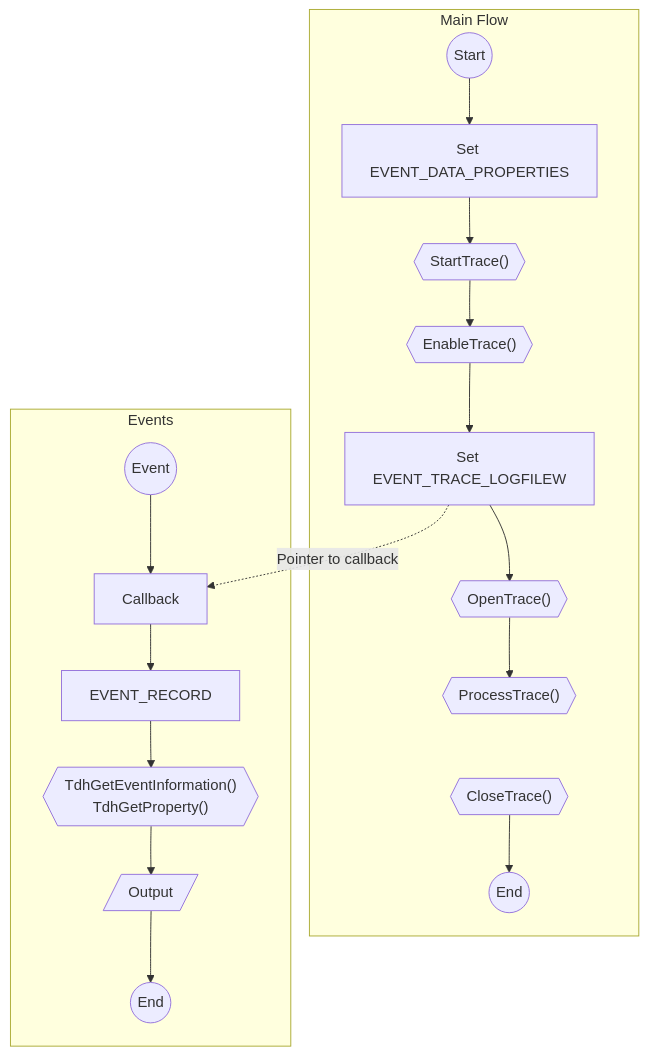
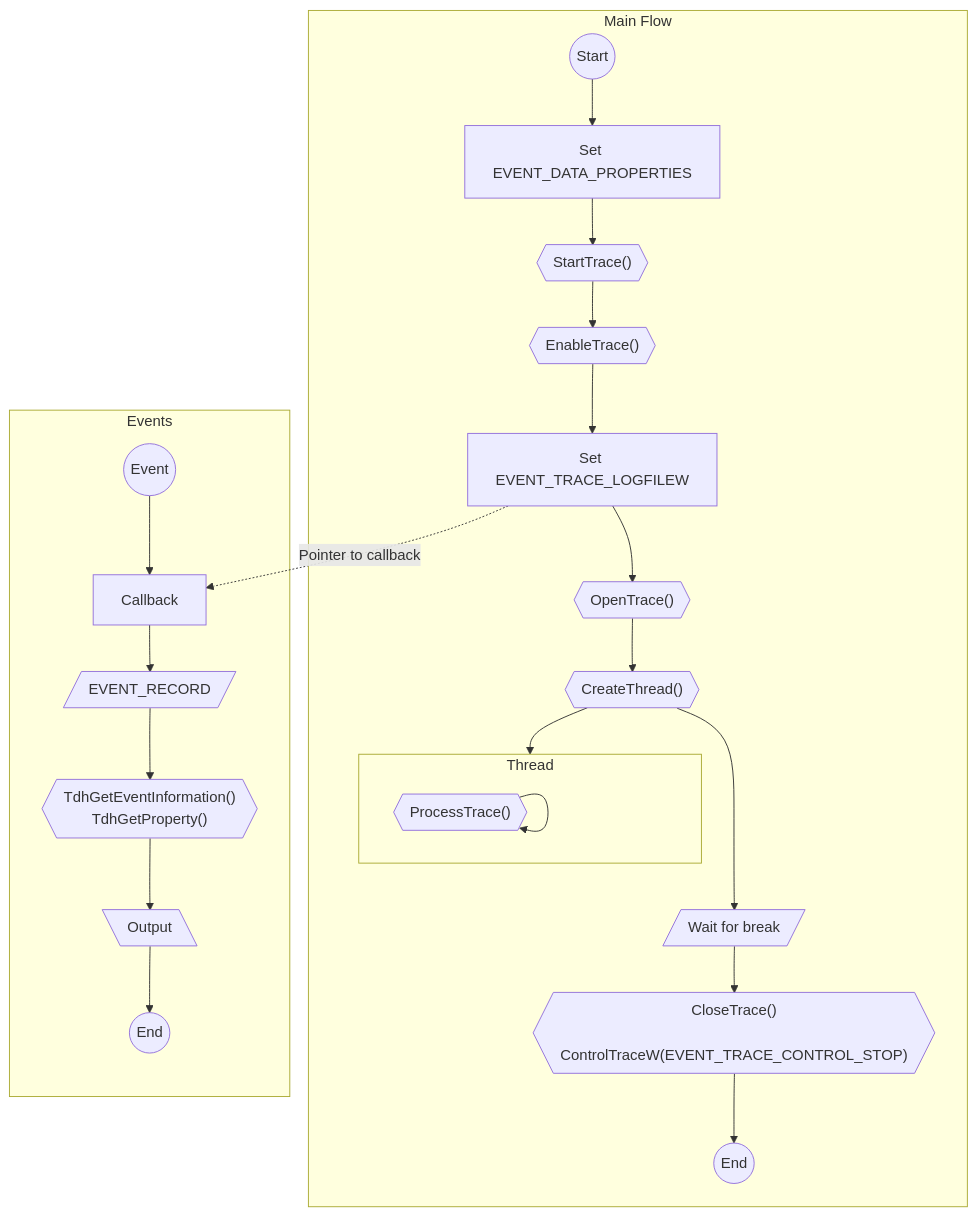
The diagram in ETW/README.md (gtworek/PSBits), drawn with Mermaid before and after one commit.

````diff
--- a/ETW/README.md
+++ b/ETW/README.md
@@ -1,22 +1,43 @@
 ```mermaid
 flowchart TD
-    MD1-.->|Pointer to callback|ECB
+    MF_OpenTrace{{"OpenTrace()"}}
+    MF_W4Break[/Wait for break/]
+    MF_Cleanup{{"CloseTrace()
+    ControlTraceW(EVENT_TRACE_CONTROL_STOP)"}}
+    MF_ProcessTrace{{"ProcessTrace()"}}
+    MF_START((Start))
+    MF_SetEDP["Set EVENT_DATA_PROPERTIES"]
+    MF_StartTrace{{"StartTrace()"}}
+    MF_EnableTrace{{"EnableTrace()"}}
+    MF_SetETLW["Set EVENT_TRACE_LOGFILEW"]
+    MF_CreateThread{{"CreateThread()"}}
+    MF_END((End))
+
     subgraph Main Flow
-    M1((Start))-->MB["Set EVENT_DATA_PROPERTIES"]
-    MB-->MC{{"StartTrace()"}}
-    MC-->MD{{"EnableTrace()"}}
-    MD-->MD1["Set EVENT_TRACE_LOGFILEW"]
-    MD1-->MD2{{"OpenTrace()"}}
-    MD2-->MD3{{"ProcessTrace()"}}
-    MD3~~~MD4{{"CloseTrace()"}}
-    MD4-->ME((End))
+    MF_START-->MF_SetEDP
+    MF_SetEDP-->MF_StartTrace
+    MF_StartTrace-->MF_EnableTrace
+    MF_EnableTrace-->MF_SetETLW
+    MF_SetETLW-->MF_OpenTrace
+    MF_OpenTrace-->MF_CreateThread
+        subgraph Thread
+        MF_ProcessTrace
+        MF_ProcessTrace-->MF_ProcessTrace
+        end
+    MF_CreateThread-->Thread
+    MF_CreateThread--->MF_W4Break
+    MF_W4Break-->MF_Cleanup
+    MF_Cleanup-->MF_END
     end
+
+    MF_SetETLW-.->|Pointer to callback|E_EventCallback
+
     subgraph Events
-    E((Event))-->ECB[Callback]
-    ECB-->E3[EVENT_RECORD]
-    E3-->E4{{"TdhGetEventInformation()
+    E_Start((Event))-->E_EventCallback[Callback]
+    E_EventCallback-->E_EventRecord[/EVENT_RECORD/]
+    E_EventRecord-->E_Process{{"TdhGetEventInformation()
     TdhGetProperty()"}}
-    E4-->E5[/Output/]
-    E5-->E6((End))
+    E_Process-->E_Output[\Output\]
+    E_Output-->E_End((End))
     end
 ```
````
